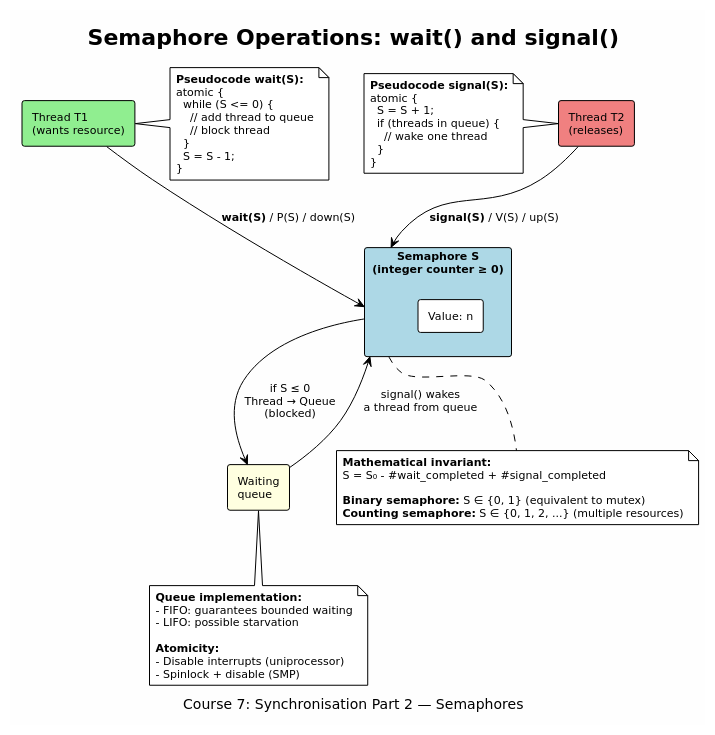
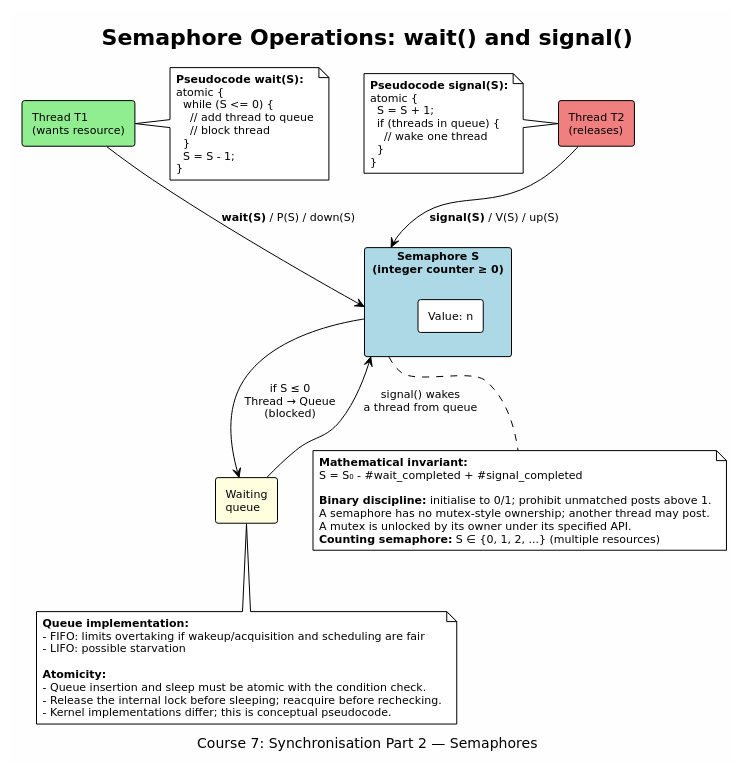
Before and after one commit to antonioclim/ENos: the diagram in 05_LECTURES/07-Synchronisation_(Part2_semaphore_buffer)/diagrams/02_semaphore_operations.puml, drawn with PlantUML. The commit also changed other lines of this file and 1408 other files, not shown here.

```diff
--- a/05_LECTURES/07-Synchronisation_(Part2_semaphore_buffer)/diagrams/02_semaphore_operations.puml
+++ b/05_LECTURES/07-Synchronisation_(Part2_semaphore_buffer)/diagrams/02_semaphore_operations.puml
@@ -2,63 +2,66 @@
 @startuml
 !theme plain
 skinparam backgroundColor #FEFEFE
 skinparam defaultFontName DejaVu Sans
 skinparam defaultFontSize 11
 
 title Semaphore Operations: wait() and signal()
 caption Course 7: Synchronisation Part 2 — Semaphores
 
 rectangle "**Semaphore S**\n(integer counter ≥ 0)" as S #LightBlue {
   rectangle "Value: n" as val #White
 }
 
 rectangle "Thread T1\n(wants resource)" as T1 #LightGreen
 rectangle "Thread T2\n(releases)" as T2 #LightCoral
 rectangle "Waiting\nqueue" as Q #LightYellow
 
 T1 -down-> S : **wait(S)** / P(S) / down(S)
 note right of T1
   **Pseudocode wait(S):**
   atomic {
     while (S <= 0) {
       // add thread to queue
       // block thread
     }
     S = S - 1;
   }
 end note
 
 S -down-> Q : "if S ≤ 0\nThread → Queue\n(blocked)"
 
 T2 -down-> S : **signal(S)** / V(S) / up(S)
 note left of T2
   **Pseudocode signal(S):**
   atomic {
     S = S + 1;
     if (threads in queue) {
       // wake one thread
     }
   }
 end note
 
 Q -up-> S : "signal() wakes\na thread from queue"
 
 note bottom of S
   **Mathematical invariant:**
   S = S₀ - #wait_completed + #signal_completed
   
-  **Binary semaphore:** S ∈ {0, 1} (equivalent to mutex)
+  **Binary discipline:** initialise to 0/1; prohibit unmatched posts above 1.
+  A semaphore has no mutex-style ownership; another thread may post.
+  A mutex is unlocked by its owner under its specified API.
   **Counting semaphore:** S ∈ {0, 1, 2, ...} (multiple resources)
 end note
 
 note bottom of Q
   **Queue implementation:**
-  - FIFO: guarantees bounded waiting
+  - FIFO: limits overtaking if wakeup/acquisition and scheduling are fair
   - LIFO: possible starvation
   
   **Atomicity:**
-  - Disable interrupts (uniprocessor)
-  - Spinlock + disable (SMP)
+  - Queue insertion and sleep must be atomic with the condition check.
+  - Release the internal lock before sleeping; reacquire before rechecking.
+  - Kernel implementations differ; this is conceptual pseudocode.
 end note
 
 @enduml
```
